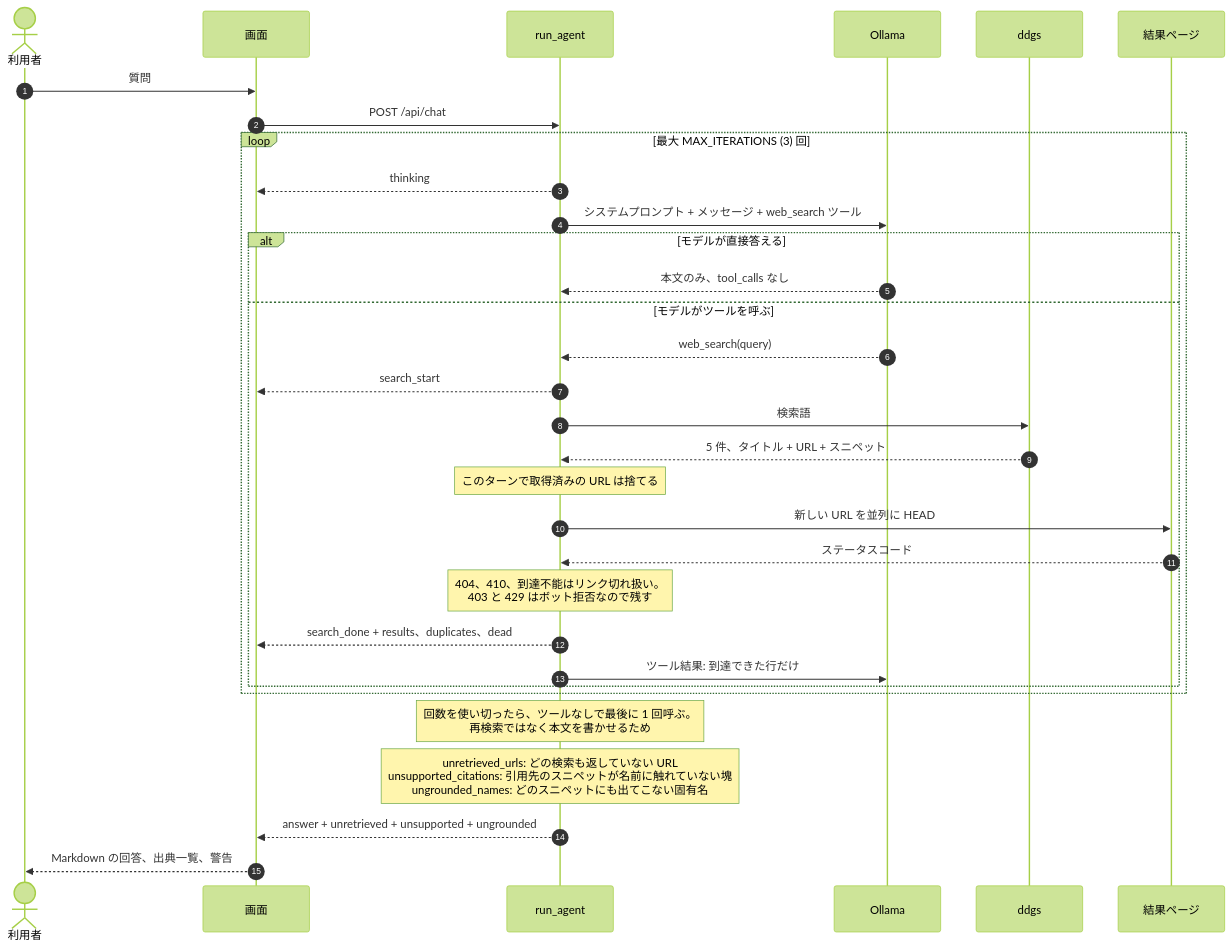
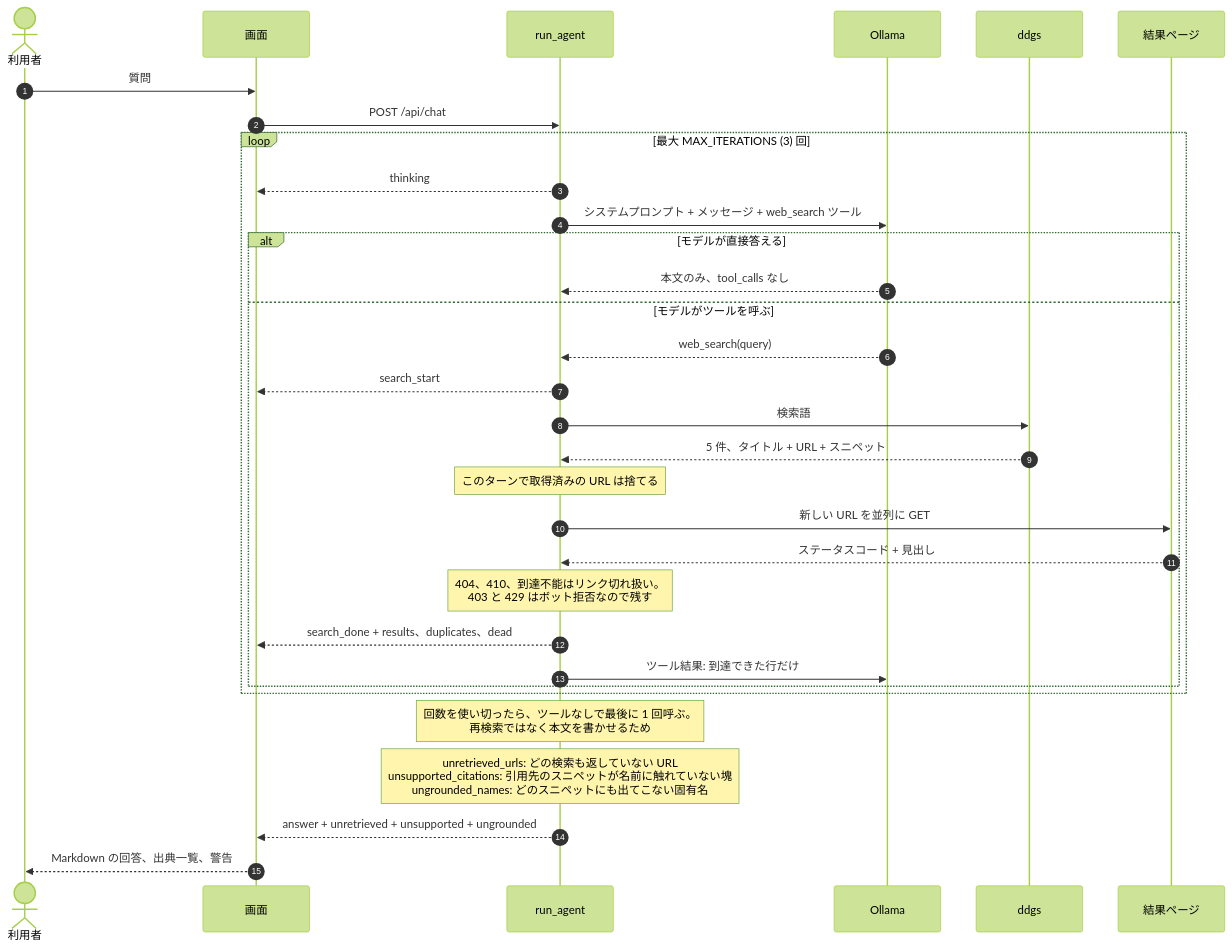
One commit to leopaul29/local-ai-agent-search changed the fourth of 4 diagrams in ARCHITECTURE.md. Above: the diagram before and after it, drawn with Mermaid (forest theme). The commit also changed other lines of this file and 4 other files, not shown here.

````diff
--- a/ARCHITECTURE.md
+++ b/ARCHITECTURE.md
@@ -136,37 +136,37 @@
 ```mermaid
 sequenceDiagram
     autonumber
     actor U as 利用者
     participant P as 画面
     participant A as run_agent
     participant M as Ollama
     participant D as ddgs
     participant W as 結果ページ
 
     U->>P: 質問
     P->>A: POST /api/chat
 
     loop 最大 MAX_ITERATIONS (3) 回
         A-->>P: thinking
         A->>M: システムプロンプト + メッセージ + web_search ツール
         alt モデルが直接答える
             M-->>A: 本文のみ、tool_calls なし
         else モデルがツールを呼ぶ
             M-->>A: web_search(query)
             A-->>P: search_start
             A->>D: 検索語
             D-->>A: 5 件、タイトル + URL + スニペット
             Note over A: このターンで取得済みの URL は捨てる
-            A->>W: 新しい URL を並列に HEAD
-            W-->>A: ステータスコード
+            A->>W: 新しい URL を並列に GET
+            W-->>A: ステータスコード + 見出し
             Note over A: 404、410、到達不能はリンク切れ扱い。<br/>403 と 429 はボット拒否なので残す
             A-->>P: search_done + results、duplicates、dead
             A->>M: ツール結果: 到達できた行だけ
         end
     end
 
     Note over A: 回数を使い切ったら、ツールなしで最後に 1 回呼ぶ。<br/>再検索ではなく本文を書かせるため
     Note over A: unretrieved_urls: どの検索も返していない URL<br/>unsupported_citations: 引用先のスニペットが名前に触れていない塊<br/>ungrounded_names: どのスニペットにも出てこない固有名
     A-->>P: answer + unretrieved + unsupported + ungrounded
     P-->>U: Markdown の回答、出典一覧、警告
 ```
````
